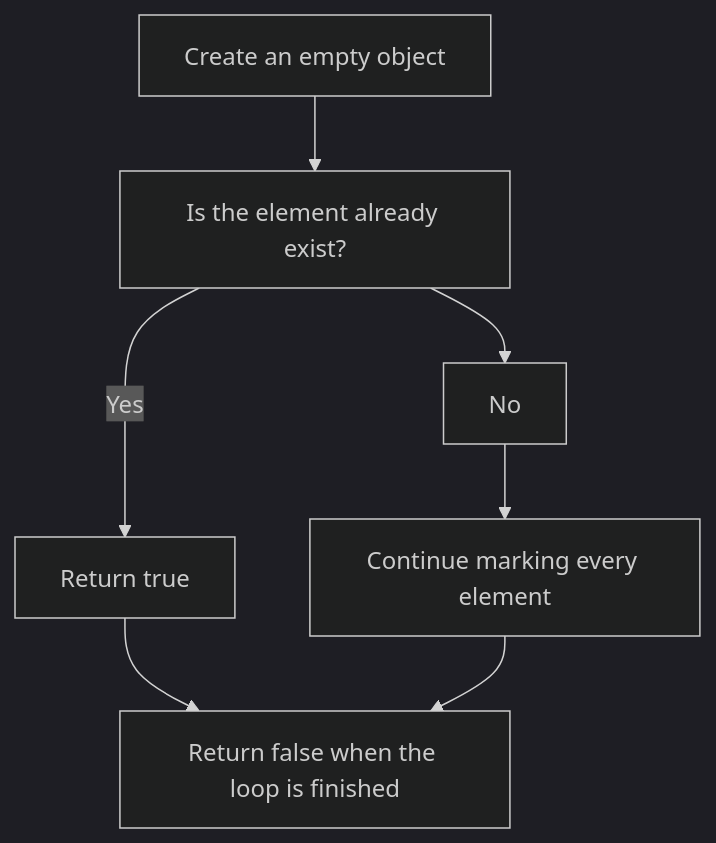
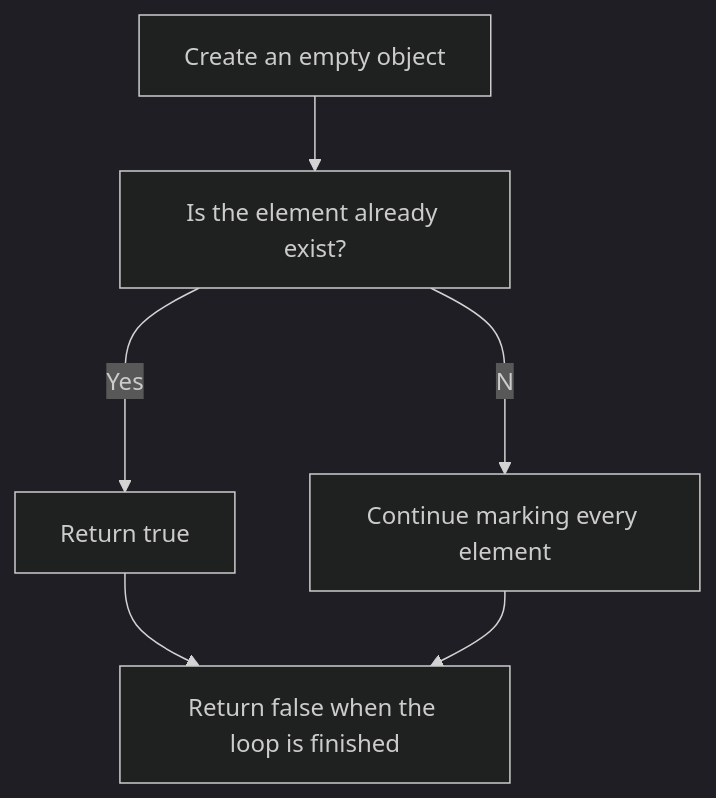
One commit to damarbm30/competitive-programming changed the diagram in Warmup/Contains Duplicate/README.md. Above: the diagram before and after it, drawn with Mermaid (dark theme).

````diff
--- a/Warmup/Contains Duplicate/README.md
+++ b/Warmup/Contains Duplicate/README.md
@@ -9,8 +9,8 @@
 ```mermaid
 graph TD;
     A[Create an empty object]-->B[Loop every element];
     B[Is the element already exist?]--Yes-->C[Return true];
-    B[Is the element already exist?]-->No-->D[Continue marking every element];
+    B[Is the element already exist?]--No-->D[Continue marking every element];
     C-->E[Return false when the loop is finished];
     D-->E[Return false when the loop is finished];
 ```
````
